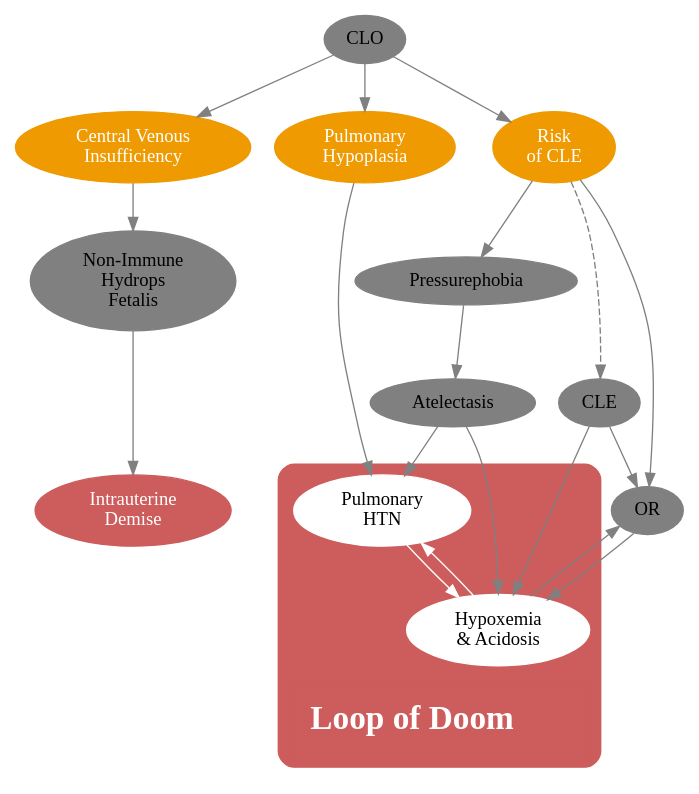
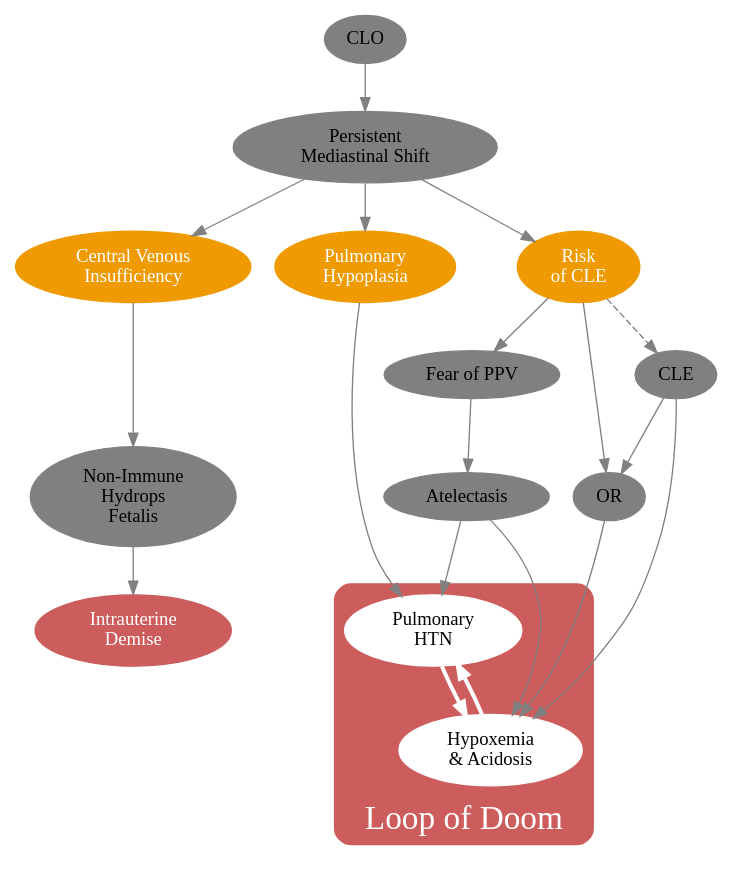
The diagram in CLO3.dot (mdtsandman/CLO), drawn with Graphviz before and after one commit. The commit also changed 2 other files, not shown here.

Commit message:
Minor improvements to CLO3

```diff
--- a/CLO3.dot
+++ b/CLO3.dot
@@ -1,55 +1,54 @@
 digraph Risks {
 
 rankdir=TB;
 newrank=true;
 compound=true;
 
 node [color=grey style=filled fillcolor=grey];
 edge [color=grey];
 
 CLO [label="CLO"];
+PMS [label="Persistent\nMediastinal Shift"];
 CVP [label="Central Venous\nInsufficiency" style=filled fontcolor=white fillcolor=orange2 color=orange2];
 PHP [label="Pulmonary\nHypoplasia" style=filled fontcolor=white fillcolor=orange2 color=orange2];
 MaybeCLE [label="Risk\nof CLE" style=filled fontcolor=white fillcolor=orange2 color=orange2];
 NIHF [label="Non-Immune\nHydrops\nFetalis"];
 IUD [label="Intrauterine\nDemise" style=filled fontcolor=white fillcolor=indianred color=indianred];
 CLE [label="CLE"];
 OR [label="OR"];
-Fear [label="Pressurephobia"];
+Fear [label="Fear of PPV"];
 Collapse [label="Atelectasis"];
 
-CLO -> {CVP, PHP, MaybeCLE};
+CLO -> PMS;
+PMS -> {CVP, PHP, MaybeCLE};
 CVP -> NIHF -> IUD;
 PHP -> PHTN;
 
 MaybeCLE -> OR;
 MaybeCLE -> CLE[style=dashed];
 MaybeCLE -> Fear -> Collapse -> {Badness, PHTN};
 CLE -> {Badness OR};
 OR -> Badness;
-Badness -> OR;
 
 subgraph clusterFuck {
 
-	label=<
-		<TABLE CELLPADDING="12"><TR><TD><B>Loop of Doom</B></TD></TR></TABLE>
-	>;
+	label="Loop of Doom";
 	style=rounded;
 	fontsize=25;
 	fontcolor="white";
 	labelloc=b;	
 	color=indianred;
 	bgcolor=indianred;
 
 	PHTN [label="Pulmonary\nHTN" style=filled fillcolor=white color=white];
 	Badness [label="Hypoxemia\n& Acidosis" style=filled fillcolor=white color=white];
 
-	PHTN -> Badness[color=white];
-	Badness -> PHTN[color=white];
+	PHTN -> Badness[color=white penwidth=3];
+	Badness -> PHTN[color=white penwidth=3];
 
 } //clusterFuck
 
 {rank=same PHP CVP MaybeCLE};
 {rank=same IUD PHTN};
 
 } //Risks
```
